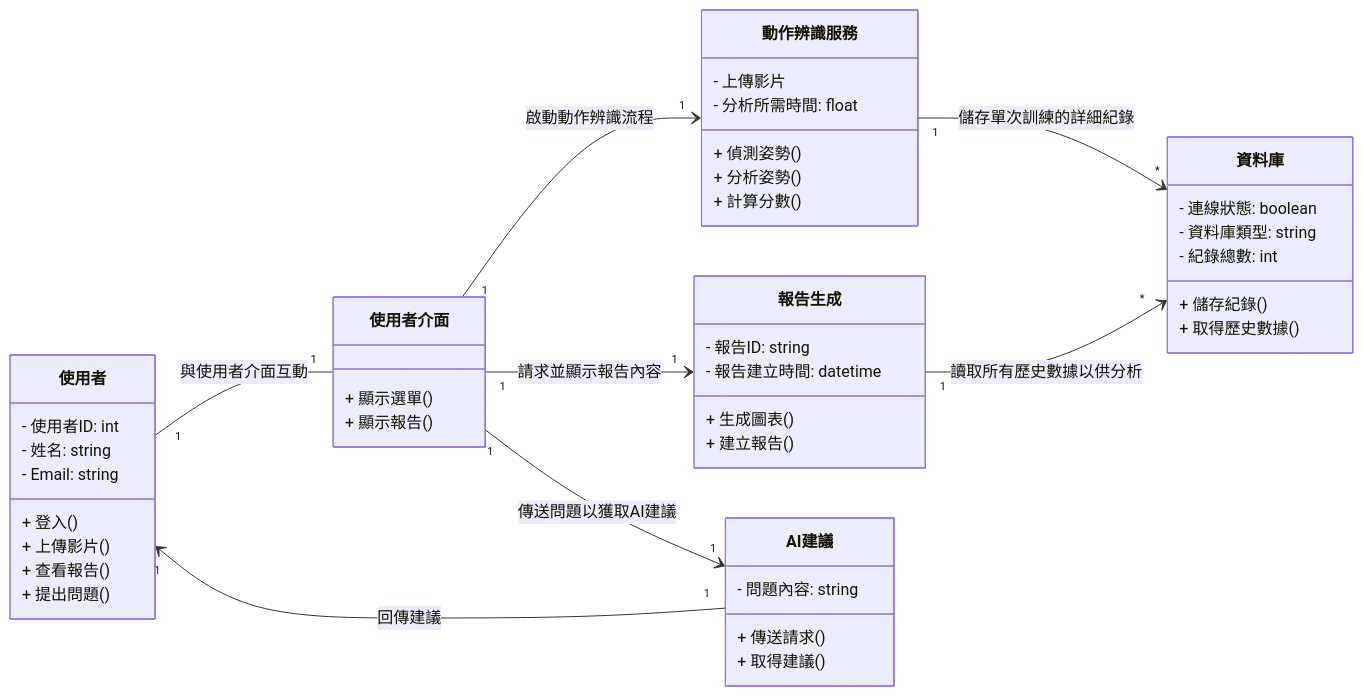
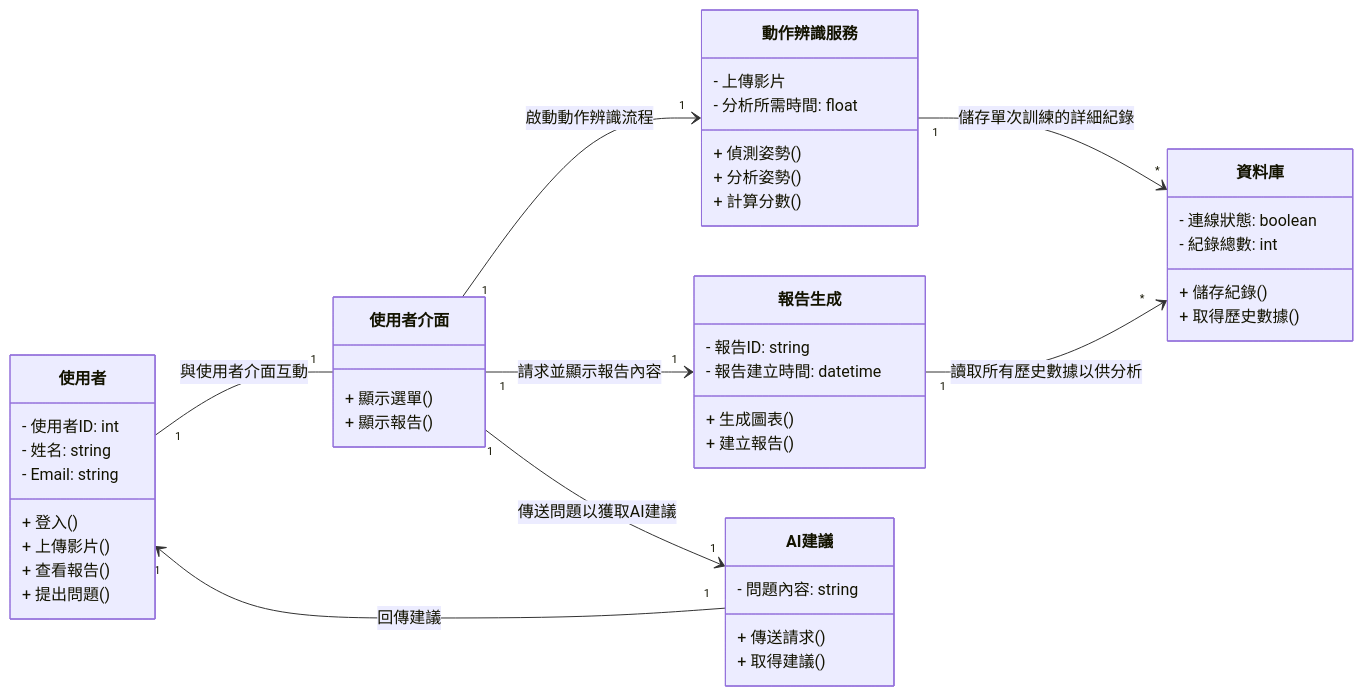
One commit to kyw012/team-project changed the first of 7 diagrams in hw5.md. Above: the diagram before and after it, drawn with Mermaid.

````diff
--- a/hw5.md
+++ b/hw5.md
@@ -6,58 +6,57 @@
 ```mermaid
 classDiagram
     direction LR
 
     class 使用者 {
         - 使用者ID: int
         - 姓名: string
         - Email: string
         + 登入()
         + 上傳影片()
         + 查看報告()
         + 提出問題()
     }
 
     class 使用者介面 {
         + 顯示選單()
         + 顯示報告()
     }
 
     class 動作辨識服務 {
         - 上傳影片
         - 分析所需時間: float
         + 偵測姿勢()
         + 分析姿勢()
         + 計算分數()
     }
 
     class 資料庫 {
         - 連線狀態: boolean
-        - 資料庫類型: string
         - 紀錄總數: int
         + 儲存紀錄()
         + 取得歷史數據()
     }
 
     class 報告生成 {
         - 報告ID: string
         - 報告建立時間: datetime
         + 生成圖表()
         + 建立報告()
     }
 
     class AI建議 {
         - 問題內容: string
         + 傳送請求()
         + 取得建議()
         
     }
 
     使用者 "1" -- "1" 使用者介面 : 與使用者介面互動
     使用者介面 "1" --> "1" 動作辨識服務 : 啟動動作辨識流程
     使用者介面 "1" --> "1" 報告生成 : 請求並顯示報告內容
     使用者介面 "1" --> "1" AI建議 : 傳送問題以獲取AI建議
     動作辨識服務 "1" --> "*" 資料庫 : 儲存單次訓練的詳細紀錄
     報告生成 "1" --> "*" 資料庫 : 讀取所有歷史數據以供分析
     AI建議 "1" --> "1" 使用者 : 回傳建議
 
 ```
````
